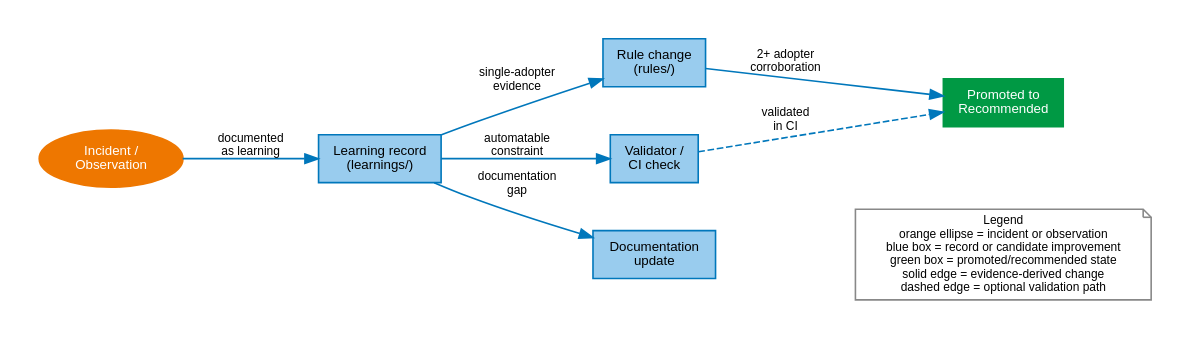
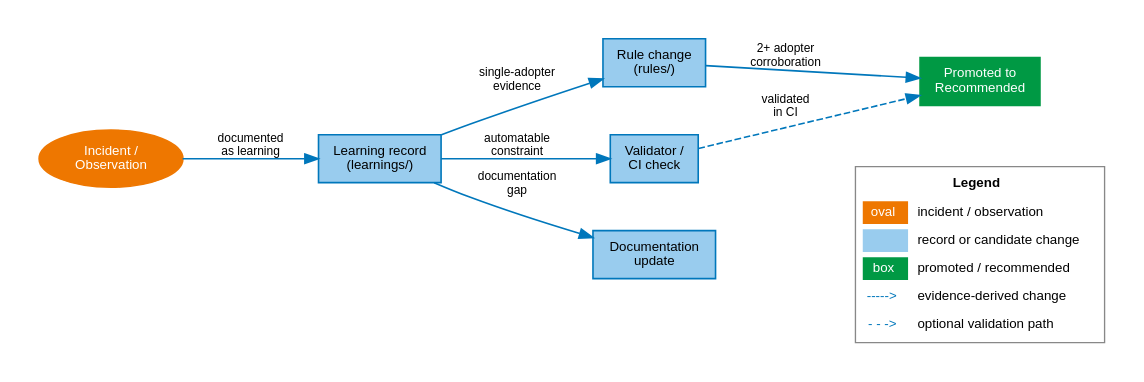
Before and after one commit to janipaijanen/agf-mirror: the diagram in agf/docs/figures/src/evidence-lifecycle.dot, drawn with Graphviz. The commit also changed 21 other files, not shown here.

Commit message:
docs: use visual keys for figure legends

```diff
--- a/agf/docs/figures/src/evidence-lifecycle.dot
+++ b/agf/docs/figures/src/evidence-lifecycle.dot
@@ -1,32 +1,40 @@
 // SPDX-License-Identifier: CC-BY-SA-4.0
 // agents-govern: evidence lifecycle (incident → learning → improvement)
 // Generate: dot -Tsvg evidence-lifecycle.dot -o ../evidence-lifecycle.svg
 digraph evidence_lifecycle {
     graph [rankdir=LR, splines=spline, pad=0.3, nodesep=0.5, ranksep=0.6,
            fontname="Helvetica", fontsize=11]
     node  [fontname="Helvetica", fontsize=10, style=filled, shape=box,
            fillcolor="#99CCEE", color="#0077BB", penwidth=1.2]
     edge  [fontname="Helvetica", fontsize=9, color="#0077BB", penwidth=1.2]
 
     incident  [label="Incident /\nObservation", shape=ellipse,
                fillcolor="#EE7700", fontcolor=white, color="#EE7700"]
     learning  [label="Learning record\n(learnings/)", fillcolor="#99CCEE"]
     rule      [label="Rule change\n(rules/)", fillcolor="#99CCEE"]
     tool      [label="Validator /\nCI check", fillcolor="#99CCEE"]
     doc       [label="Documentation\nupdate", fillcolor="#99CCEE"]
     promoted  [label="Promoted to\nRecommended", fillcolor="#009944",
                fontcolor=white, color="#009944"]
 
     incident -> learning [label="documented\nas learning"]
     learning -> rule     [label="single-adopter\nevidence"]
     learning -> tool     [label="automatable\nconstraint"]
     learning -> doc      [label="documentation\ngap"]
     rule     -> promoted [label="2+ adopter\ncorroboration"]
     tool     -> promoted [style=dashed, label="validated\nin CI"]
 
     {rank=same; rule tool doc}
 
-    legend [label="Legend\norange ellipse = incident or observation\nblue box = record or candidate improvement\ngreen box = promoted/recommended state\nsolid edge = evidence-derived change\ndashed edge = optional validation path",
-            shape=note, fillcolor=white, color="#888888", fontsize=9]
+    legend [shape=plain, label=<
+        <TABLE BORDER="1" CELLBORDER="0" CELLSPACING="4" CELLPADDING="3" COLOR="#888888" BGCOLOR="white">
+            <TR><TD COLSPAN="2"><B>Legend</B></TD></TR>
+            <TR><TD BGCOLOR="#EE7700" WIDTH="28"><FONT COLOR="white">oval</FONT></TD><TD ALIGN="LEFT">incident / observation</TD></TR>
+            <TR><TD BGCOLOR="#99CCEE" WIDTH="28"></TD><TD ALIGN="LEFT">record or candidate change</TD></TR>
+            <TR><TD BGCOLOR="#009944" WIDTH="28"><FONT COLOR="white">box</FONT></TD><TD ALIGN="LEFT">promoted / recommended</TD></TR>
+            <TR><TD><FONT COLOR="#0077BB">-----&gt;</FONT></TD><TD ALIGN="LEFT">evidence-derived change</TD></TR>
+            <TR><TD><FONT COLOR="#0077BB">- - -&gt;</FONT></TD><TD ALIGN="LEFT">optional validation path</TD></TR>
+        </TABLE>
+    >]
     doc -> legend [style=invis]
 }
```
